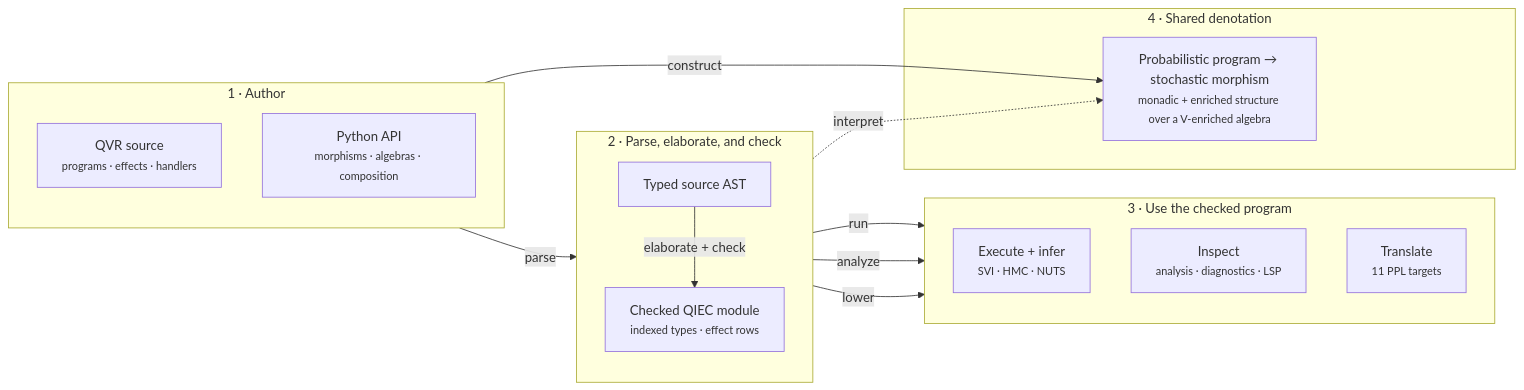
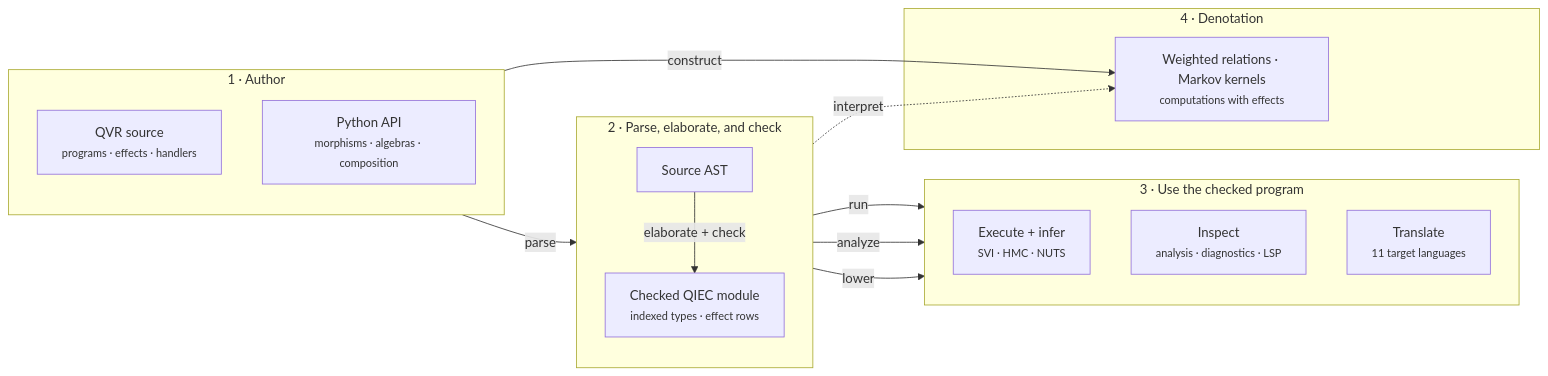
The diagram in docs/index.md (quivers-dev/quivers), drawn with Mermaid before and after one commit. The commit also changed other lines of this file and 276 other files, not shown here.

````diff
--- a/docs/index.md
+++ b/docs/index.md
@@ -135,36 +165,36 @@
 ```mermaid
 flowchart LR
     subgraph AUTHOR["1 · Author"]
         direction TB
         QVR["QVR source<br/><small>programs · effects · handlers</small>"]
         PY["Python API<br/><small>morphisms · algebras · composition</small>"]
     end
 
     subgraph CHECK["2 · Parse, elaborate, and check"]
         direction TB
-        AST["Typed source AST"] -->|"elaborate + check"| QIEC["Checked QIEC module<br/><small>indexed types · effect rows</small>"]
+        AST["Source AST"] -->|"elaborate + check"| QIEC["Checked QIEC module<br/><small>indexed types · effect rows</small>"]
     end
 
     subgraph USE["3 · Use the checked program"]
         direction TB
         RUN["Execute + infer<br/><small>SVI · HMC · NUTS</small>"]
         INSPECT["Inspect<br/><small>analysis · diagnostics · LSP</small>"]
-        TARGET["Translate<br/><small>11 PPL targets</small>"]
+        TARGET["Translate<br/><small>11 target languages</small>"]
     end
 
-    subgraph SEM["4 · Shared denotation"]
-        FOUNDATION["Probabilistic program → stochastic morphism<br/><small>monadic + enriched structure over a V-enriched algebra</small>"]
+    subgraph SEM["4 · Denotation"]
+        FOUNDATION["Weighted relations · Markov kernels<br/><small>computations with effects</small>"]
     end
 
-    QVR -->|parse| AST
-    QIEC -->|run| RUN
-    QIEC -->|analyze| INSPECT
-    QIEC -->|lower| TARGET
+    QVR -->|"parse"| AST
+    QIEC -->|"run"| RUN
+    QIEC -->|"analyze"| INSPECT
+    QIEC -->|"lower"| TARGET
     QIEC -. interpret .-> FOUNDATION
-    PY -->|construct| FOUNDATION
+    PY -->|"construct"| FOUNDATION
 
     class QVR,PY qv-input
     class AST,QIEC qv-checked
     class RUN,INSPECT,TARGET qv-output
     class FOUNDATION qv-foundation
 ```
````
